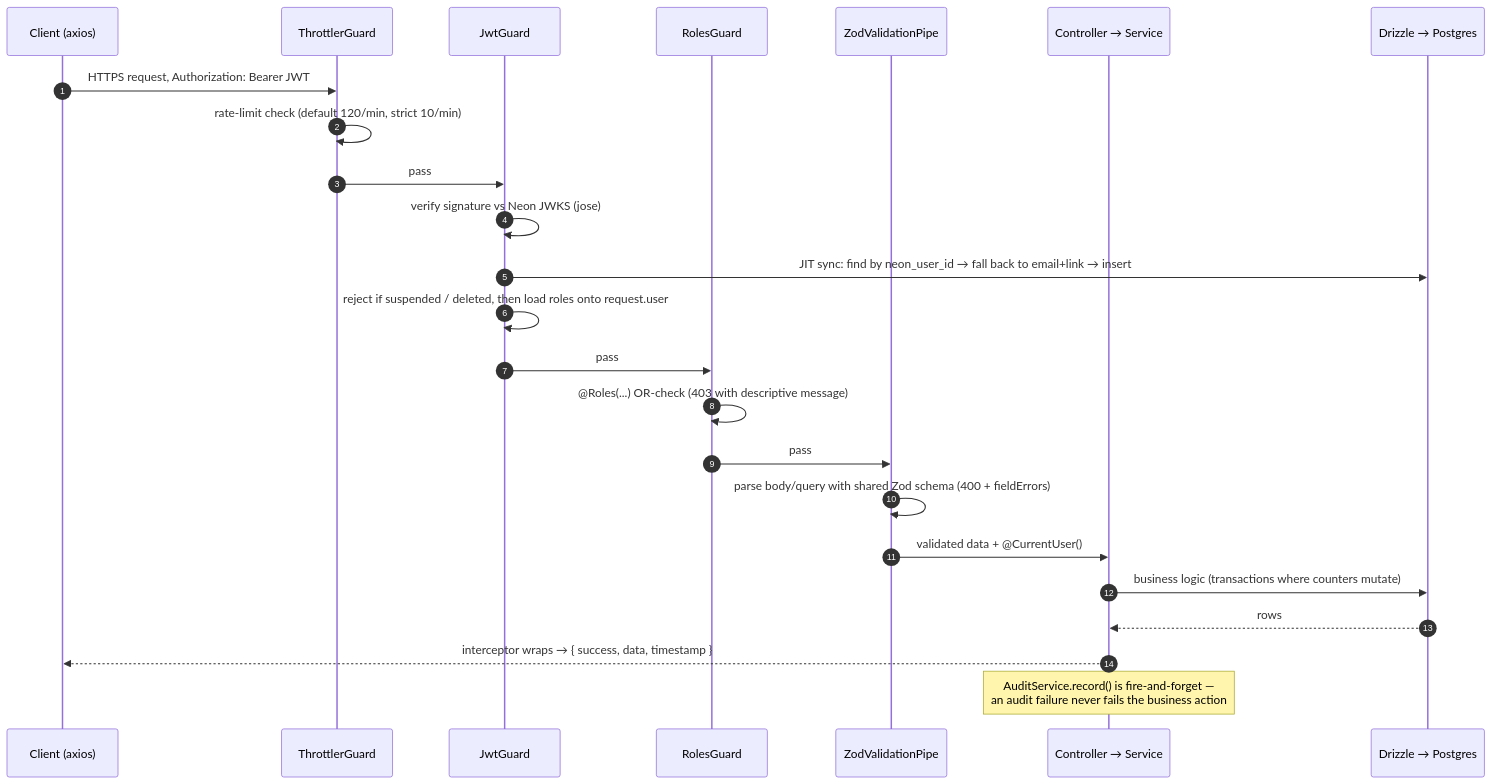
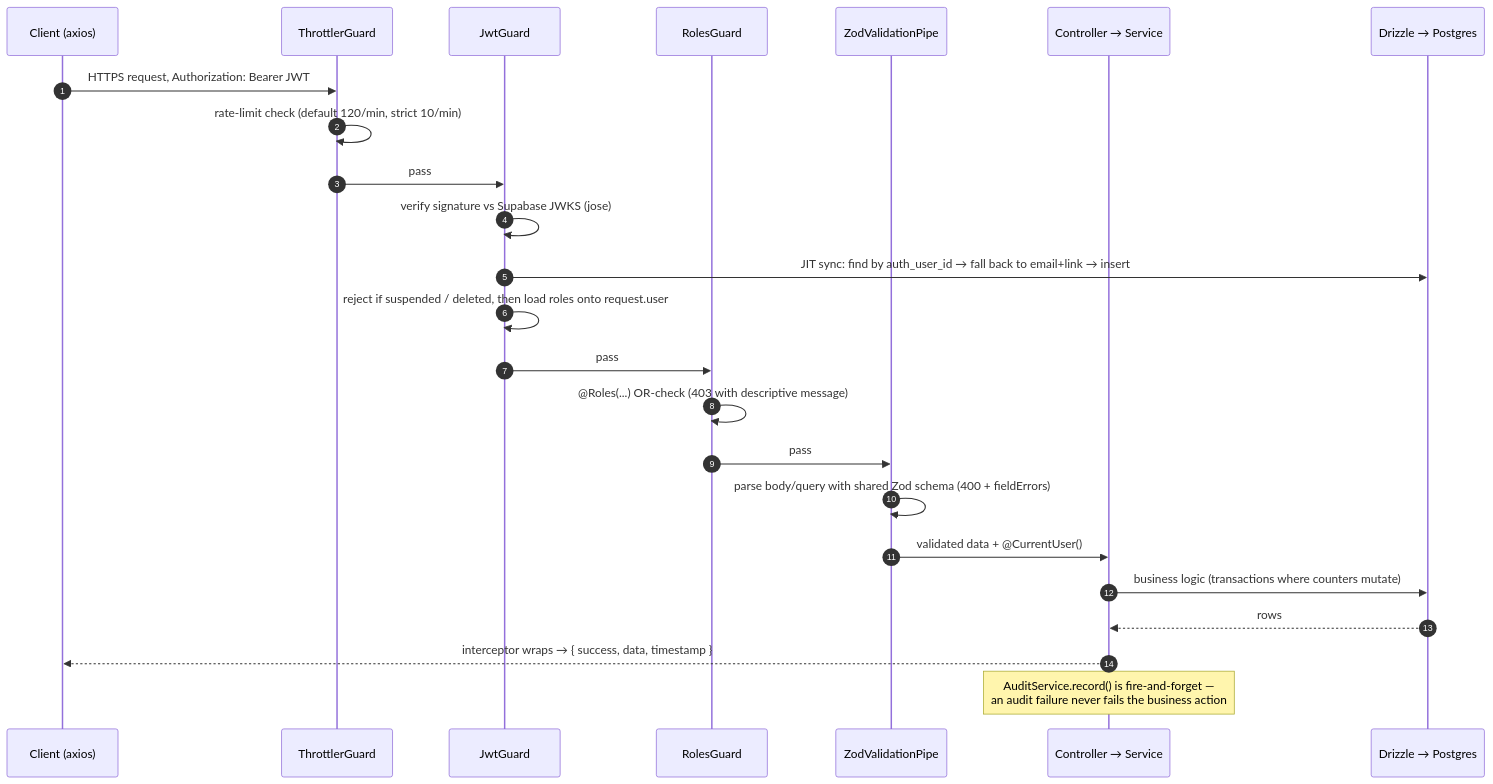
One commit to SinghAman21/nabhya changed the fourth of 15 diagrams in final-year-report.md. Above: the diagram before and after it, drawn with Mermaid. The commit also changed other lines of this file and 77 other files, not shown here.

````diff
--- a/final-year-report.md
+++ b/final-year-report.md
@@ -294,27 +294,27 @@
 ```mermaid
 sequenceDiagram
     autonumber
     participant C as Client (axios)
     participant T as ThrottlerGuard
     participant J as JwtGuard
     participant R as RolesGuard
     participant Z as ZodValidationPipe
     participant H as Controller → Service
     participant D as Drizzle → Postgres
 
     C->>T: HTTPS request, Authorization: Bearer JWT
     T->>T: rate-limit check (default 120/min, strict 10/min)
     T->>J: pass
-    J->>J: verify signature vs Neon JWKS (jose)
-    J->>D: JIT sync: find by neon_user_id → fall back to email+link → insert
+    J->>J: verify signature vs Supabase JWKS (jose)
+    J->>D: JIT sync: find by auth_user_id → fall back to email+link → insert
     J->>J: reject if suspended / deleted, then load roles onto request.user
     J->>R: pass
     R->>R: @Roles(...) OR-check (403 with descriptive message)
     R->>Z: pass
     Z->>Z: parse body/query with shared Zod schema (400 + fieldErrors)
     Z->>H: validated data + @CurrentUser()
     H->>D: business logic (transactions where counters mutate)
     D-->>H: rows
     H-->>C: interceptor wraps → { success, data, timestamp }
     Note over H: AuditService.record() is fire-and-forget —<br/>an audit failure never fails the business action
 ```
````
